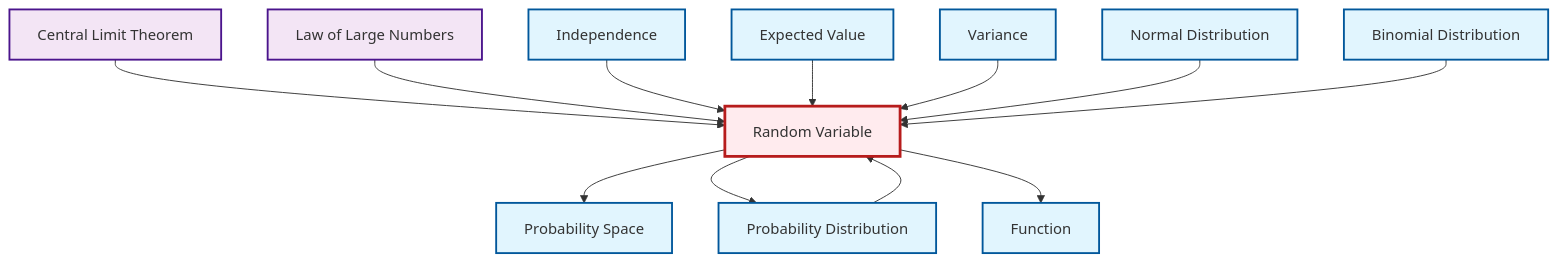
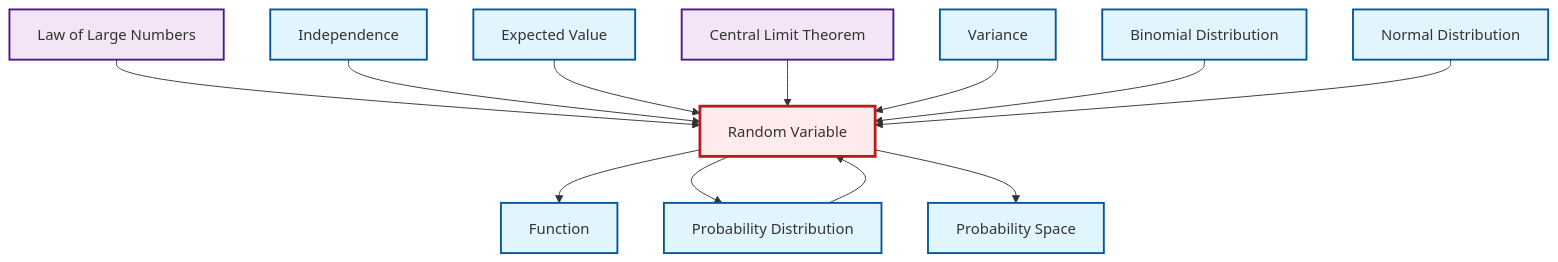
The diagram in output/mermaid/en/def-random-variable.mermaid (RK0429/ModernMath), drawn with Mermaid before and after one commit. The commit also changed other lines of this file and 1744 other files, not shown here.

```diff
--- a/output/mermaid/en/def-random-variable.mermaid
+++ b/output/mermaid/en/def-random-variable.mermaid
@@ -1,29 +1,29 @@
 graph TD
     classDef definition fill:#e1f5fe,stroke:#01579b,stroke-width:2px
     classDef theorem fill:#f3e5f5,stroke:#4a148c,stroke-width:2px
     classDef axiom fill:#fff3e0,stroke:#e65100,stroke-width:2px
     classDef example fill:#e8f5e9,stroke:#1b5e20,stroke-width:2px
     classDef current fill:#ffebee,stroke:#b71c1c,stroke-width:3px
     thm-central-limit["Central Limit Theorem"]:::theorem
-    def-function["Function"]:::definition
-    def-variance["Variance"]:::definition
-    def-expectation["Expected Value"]:::definition
-    def-random-variable["Random Variable"]:::definition
-    def-binomial-distribution["Binomial Distribution"]:::definition
-    def-independence["Independence"]:::definition
     def-normal-distribution["Normal Distribution"]:::definition
     def-probability-distribution["Probability Distribution"]:::definition
+    def-variance["Variance"]:::definition
+    def-binomial-distribution["Binomial Distribution"]:::definition
+    def-function["Function"]:::definition
+    def-expectation["Expected Value"]:::definition
     def-probability-space["Probability Space"]:::definition
+    def-independence["Independence"]:::definition
     thm-law-of-large-numbers["Law of Large Numbers"]:::theorem
-    def-random-variable --> def-probability-space
-    thm-central-limit --> def-random-variable
-    def-random-variable --> def-probability-distribution
-    def-probability-distribution --> def-random-variable
-    def-random-variable --> def-function
+    def-random-variable["Random Variable"]:::definition
     thm-law-of-large-numbers --> def-random-variable
     def-independence --> def-random-variable
     def-expectation --> def-random-variable
+    def-probability-distribution --> def-random-variable
+    thm-central-limit --> def-random-variable
+    def-random-variable --> def-function
+    def-random-variable --> def-probability-distribution
     def-variance --> def-random-variable
+    def-binomial-distribution --> def-random-variable
+    def-random-variable --> def-probability-space
     def-normal-distribution --> def-random-variable
-    def-binomial-distribution --> def-random-variable
     class def-random-variable current
```
